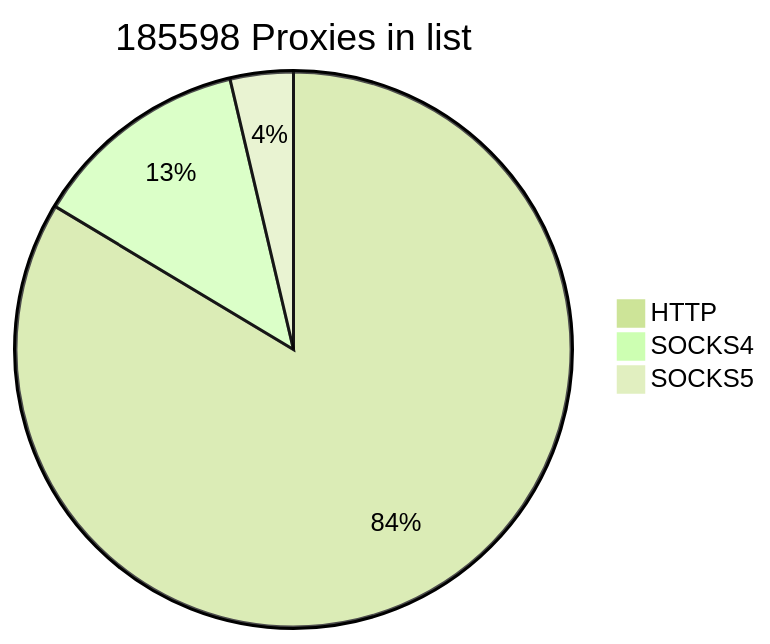
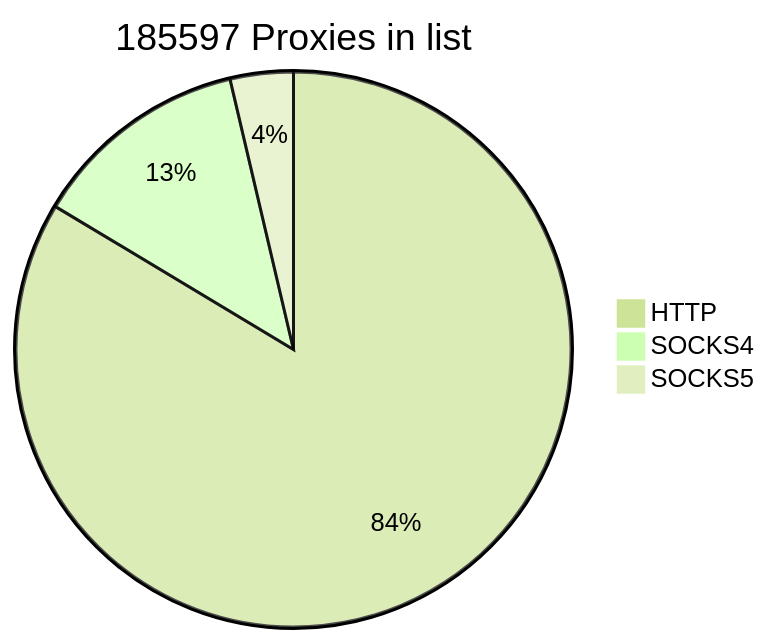
The first of 2 diagrams in README.md (cutipu/proxylist), drawn with Mermaid (forest theme) before and after one commit. The commit also changed other lines of this file, not shown here.

````diff
--- a/README.md
+++ b/README.md
@@ -2,7 +2,7 @@
 ```mermaid
-pie title 185598 Proxies in list
+pie title 185597 Proxies in list
     "HTTP" : 155171
     "SOCKS4" : 23615
-    "SOCKS5" : 6812
+    "SOCKS5" : 6811
             
 ```
````
